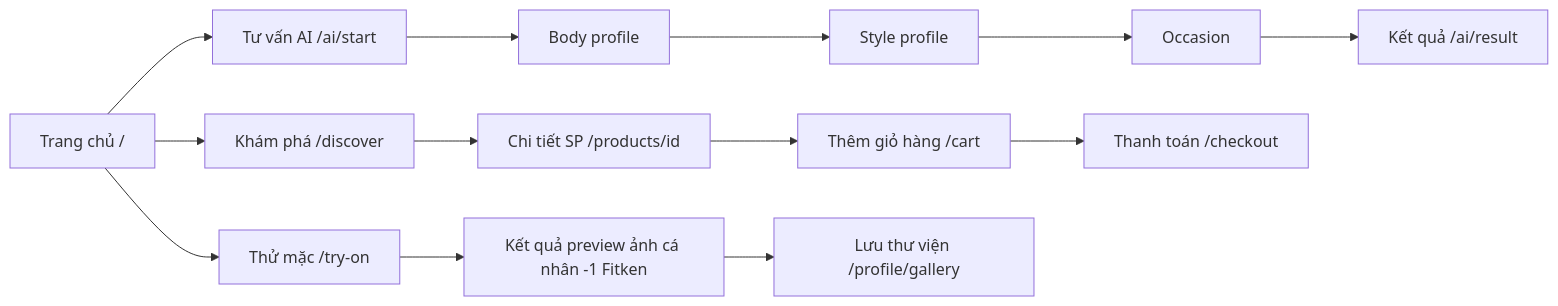
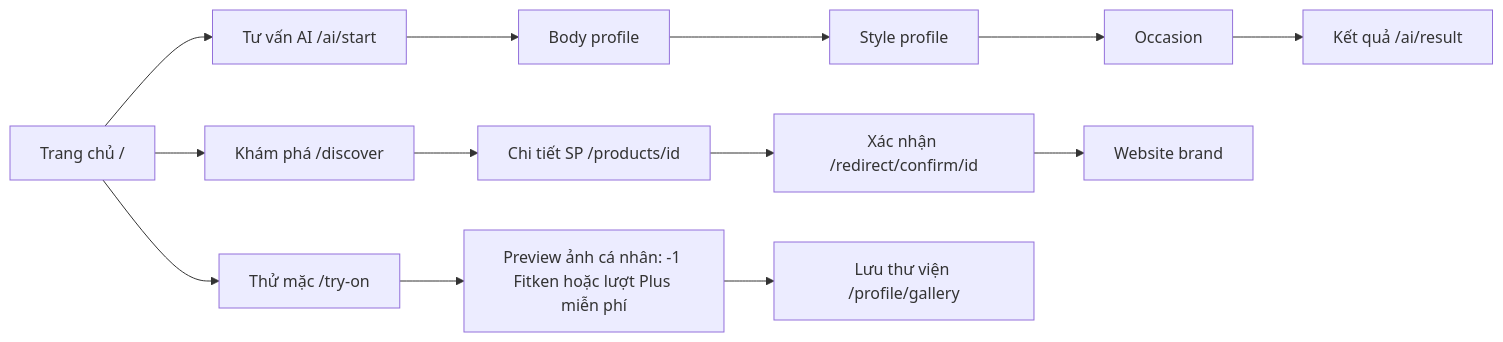
Before and after one commit to KhangNT04/fitme_ai_mvp: the diagram in docs/USER_GUIDE.md, drawn with Mermaid. The commit also changed other lines of this file and 28 other files, not shown here.

Commit message:
docs: Brand Plus model - test cases, API contract, user and developer guides; drop seed password from old docs

````diff
--- a/docs/USER_GUIDE.md
+++ b/docs/USER_GUIDE.md
@@ -266,15 +276,15 @@
 ```mermaid
 flowchart LR
   A[Trang chủ /] --> B[Tư vấn AI /ai/start]
   B --> C[Body profile]
   C --> D[Style profile]
   D --> E[Occasion]
   E --> F[Kết quả /ai/result]
   A --> G[Khám phá /discover]
   G --> H[Chi tiết SP /products/id]
-  H --> I[Thêm giỏ hàng /cart]
-  I --> J[Thanh toán /checkout]
+  H --> I[Xác nhận /redirect/confirm/id]
+  I --> J[Website brand]
   A --> K[Thử mặc /try-on]
-  K --> L[Kết quả preview ảnh cá nhân -1 Fitken]
+  K --> L[Preview ảnh cá nhân: -1 Fitken hoặc lượt Plus miễn phí]
   L --> M[Lưu thư viện /profile/gallery]
 ```
````
